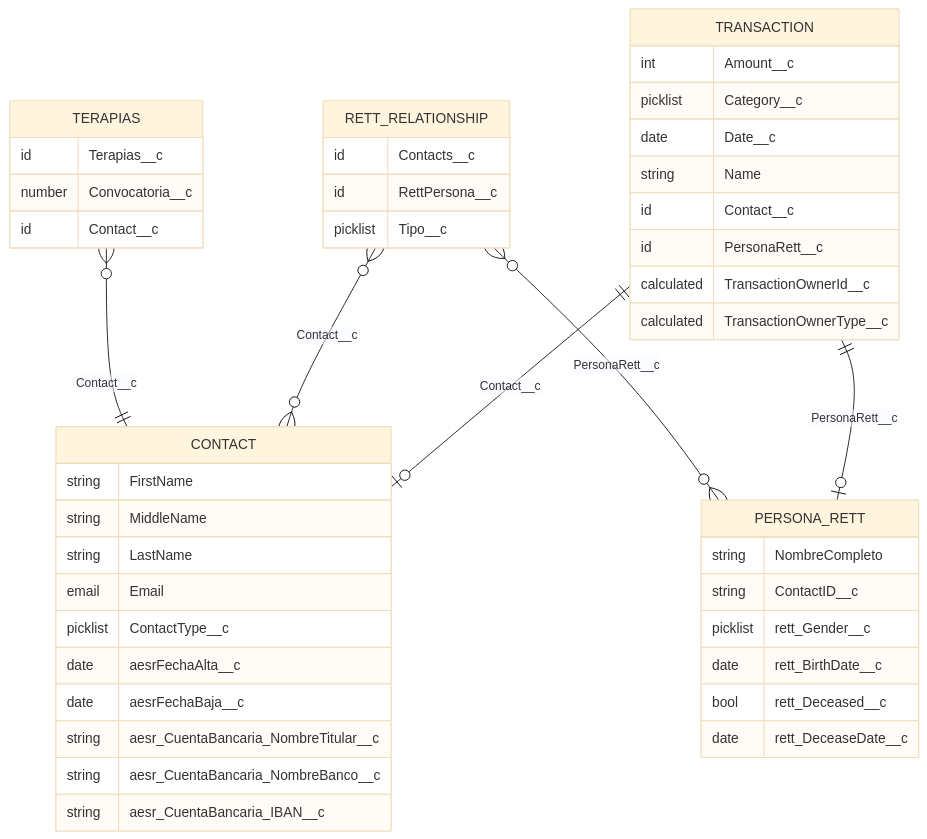
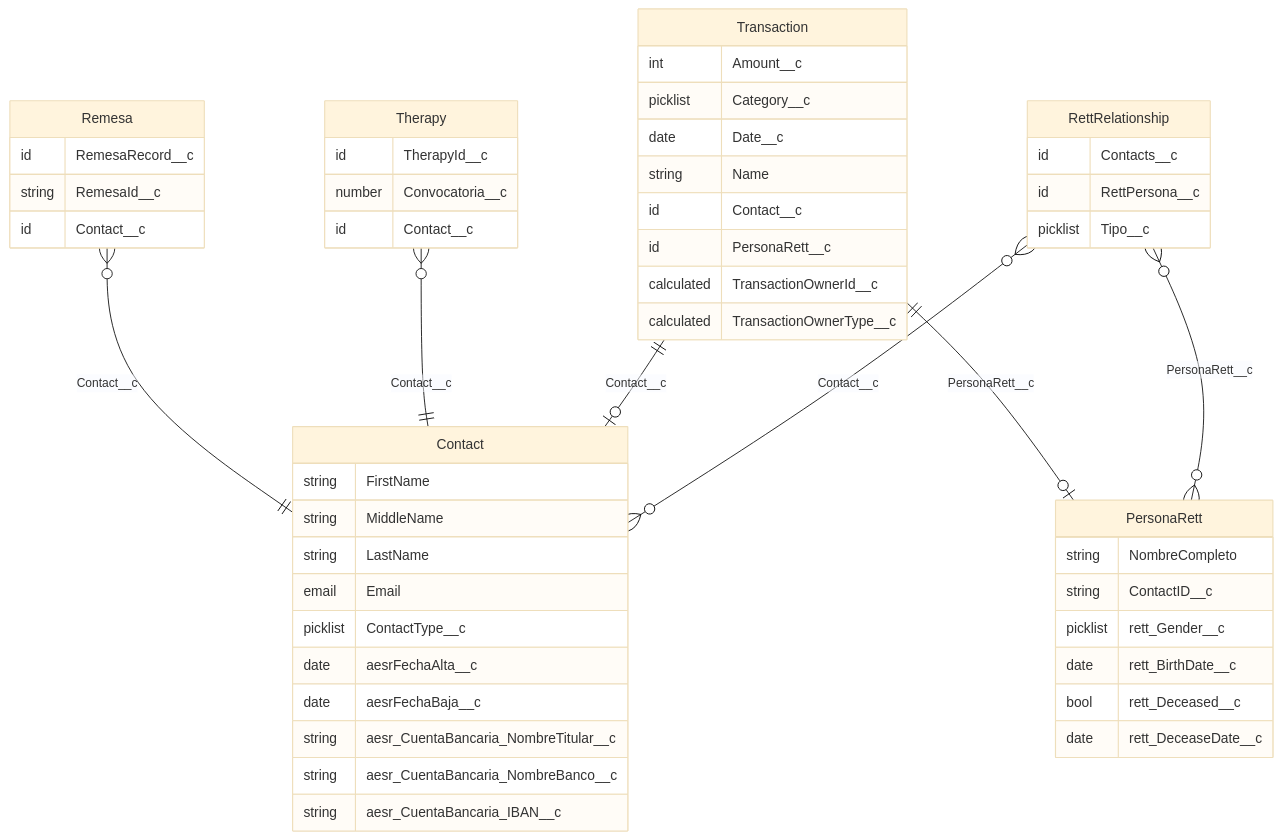
One commit to rett-spain/ngo-finance changed the diagram in docs/dbmodel.md. Above: the diagram before and after it, drawn with Mermaid (base theme).

Commit message:
Add remesa to db model

````diff
--- a/docs/dbmodel.md
+++ b/docs/dbmodel.md
@@ -1,53 +1,61 @@
 ```mermaid
 erDiagram
-    TRANSACTION ||--o| CONTACT : Contact__c
-    TRANSACTION ||--o| PERSONA_RETT : PersonaRett__c
-    RETT_RELATIONSHIP }o--o{ CONTACT : Contact__c
-    RETT_RELATIONSHIP }o--o{ PERSONA_RETT : PersonaRett__c
-    TERAPIAS }o--|| CONTACT : Contact__c
-
-    TRANSACTION {
-        int Amount__c
-        picklist Category__c
-        date Date__c
-        string Name
-        id Contact__c
-        id PersonaRett__c
-        calculated TransactionOwnerId__c
-        calculated TransactionOwnerType__c
-    }
-
-    CONTACT {
+    Contact {
         string FirstName
         string MiddleName
         string LastName
         email Email
         picklist ContactType__c
         date aesrFechaAlta__c
         date aesrFechaBaja__c
         string aesr_CuentaBancaria_NombreTitular__c
         string aesr_CuentaBancaria_NombreBanco__c
         string aesr_CuentaBancaria_IBAN__c
     }
 
-    PERSONA_RETT {
+    PersonaRett {
         string NombreCompleto
         string ContactID__c
         picklist rett_Gender__c
         date rett_BirthDate__c
         bool rett_Deceased__c
         date rett_DeceaseDate__c
     }
 
-    RETT_RELATIONSHIP {
+
+    RettRelationship }o--o{ Contact : Contact__c
+    RettRelationship }o--o{ PersonaRett : PersonaRett__c
+    RettRelationship {
         id Contacts__c
         id RettPersona__c
         picklist Tipo__c
     }
 
-    TERAPIAS {
-        id Terapias__c
+    Transaction ||--o| Contact : Contact__c
+    Transaction ||--o| PersonaRett : PersonaRett__c
+    Transaction {
+        int Amount__c
+        picklist Category__c
+        date Date__c
+        string Name
+        id Contact__c
+        id PersonaRett__c
+        calculated TransactionOwnerId__c
+        calculated TransactionOwnerType__c
+    }
+
+    Therapy }o--|| Contact : Contact__c
+    Therapy {
+        id TherapyId__c
         number Convocatoria__c
         id Contact__c
     }
+
+    Remesa }o--|| Contact : Contact__c
+    Remesa {
+        id RemesaRecord__c
+        string RemesaId__c
+        id Contact__c
+    }
+
 ```
````
